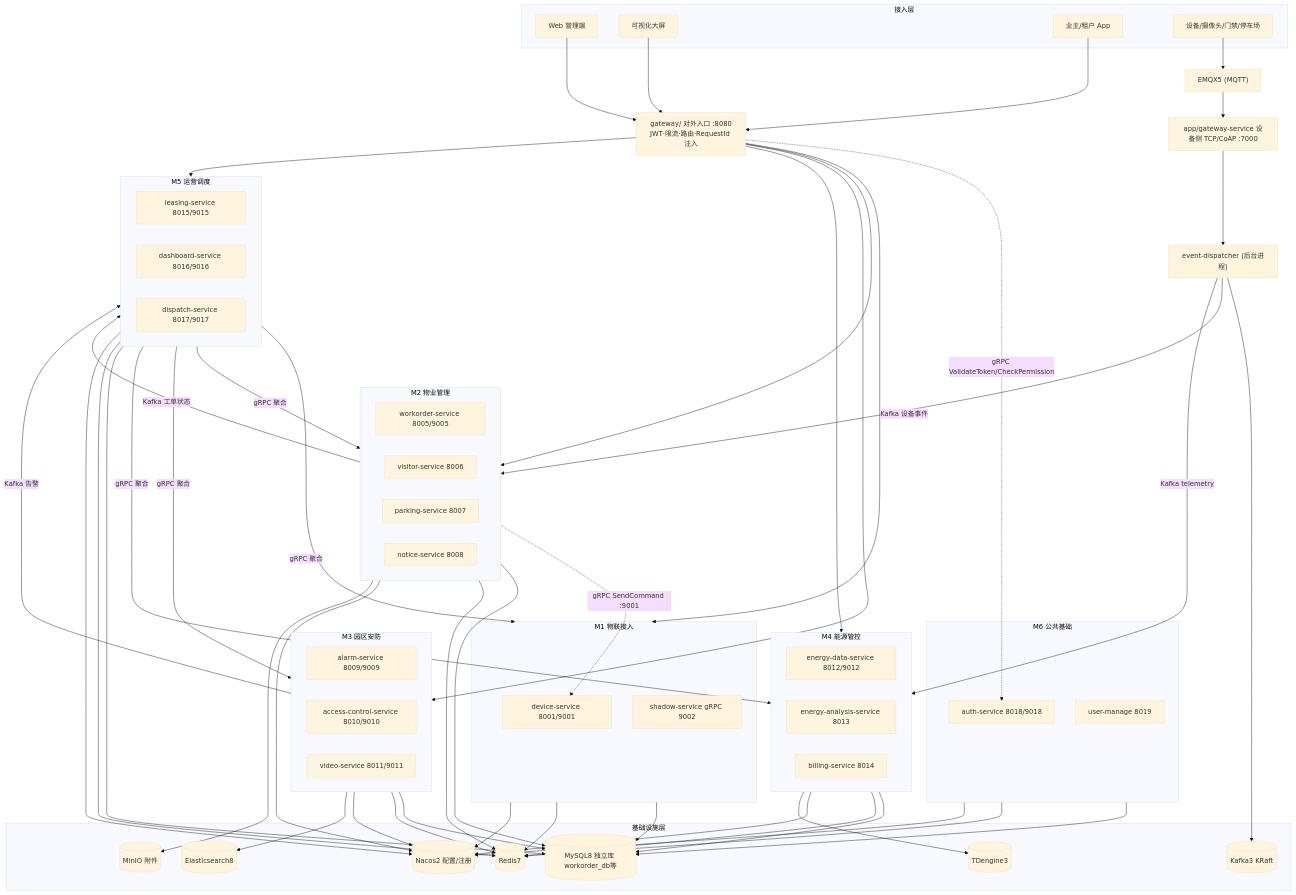
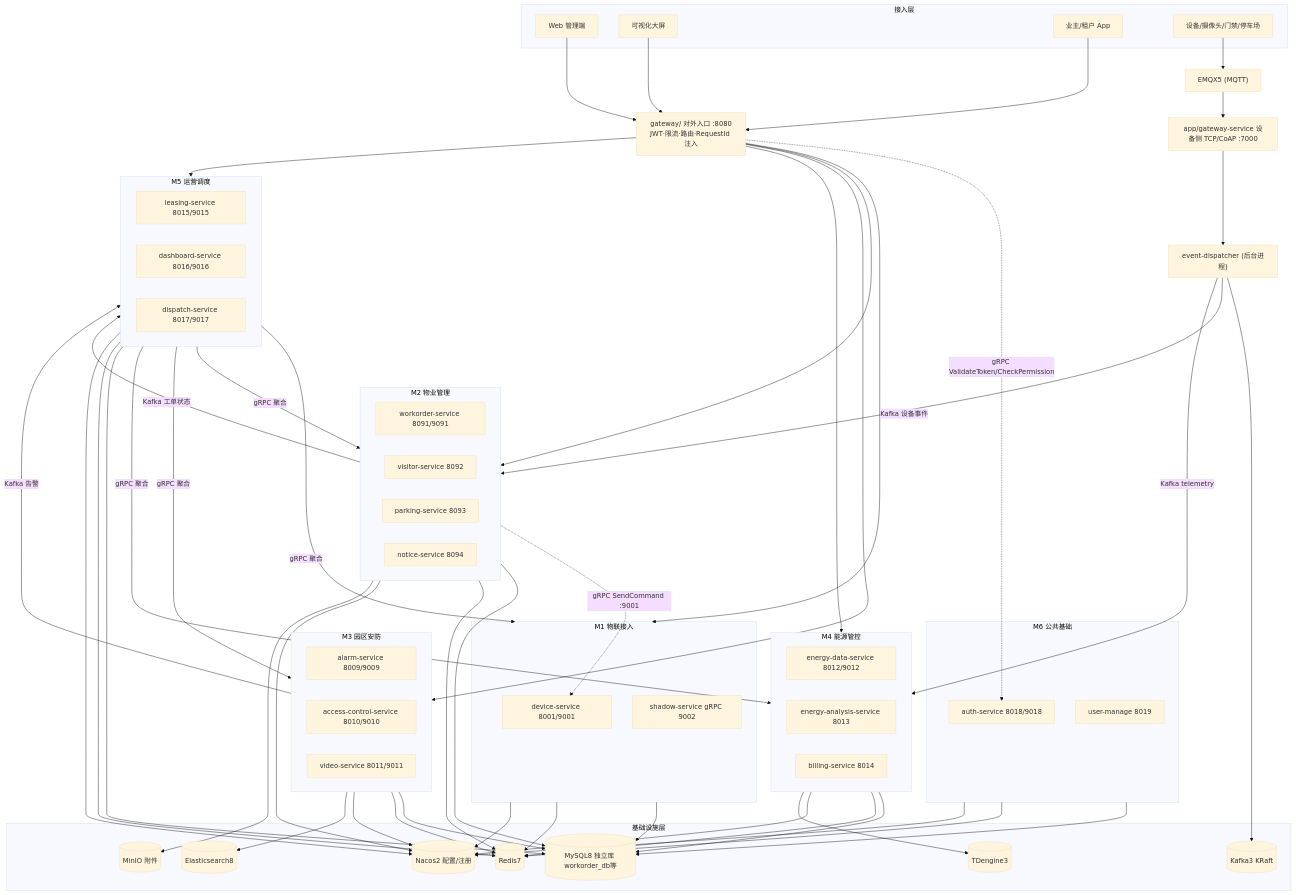
Before and after one commit to chenjianyu070921-lang/onepark-smart-park: the diagram in docs/M2物业管理服务模块设计文档.md, drawn with Mermaid (base theme). The commit also changed other lines of this file and 89 other files, not shown here.

````diff
--- a/docs/M2物业管理服务模块设计文档.md
+++ b/docs/M2物业管理服务模块设计文档.md
@@ -319,70 +319,70 @@
 ```mermaid
 flowchart TB
     subgraph Client["接入层"]
         Web["Web 管理端"]
         Screen["可视化大屏"]
         App["业主/租户 App"]
         Devices["设备/摄像头/门禁/停车场"]
     end
 
     Gateway["gateway/ 对外入口 :8080<br/>JWT·限流·路由·RequestId 注入"]
     Devices --> EMQX["EMQX5 (MQTT)"]
     EMQX --> M1GW["app/gateway-service 设备侧 TCP/CoAP :7000"]
     M1GW --> M1Disp["event-dispatcher (后台进程)"]
 
     subgraph M1["M1 物联接入"]
         deviceSvc["device-service 8001/9001"]
         shadowSvc["shadow-service gRPC 9002"]
     end
     subgraph M2["M2 物业管理"]
-        workorder["workorder-service 8005/9005"]
-        visitor["visitor-service 8006"]
-        parking["parking-service 8007"]
-        notice["notice-service 8008"]
+        workorder["workorder-service 8091/9091"]
+        visitor["visitor-service 8092"]
+        parking["parking-service 8093"]
+        notice["notice-service 8094"]
     end
     subgraph M3["M3 园区安防"]
         alarm["alarm-service 8009/9009"]
         access["access-control-service 8010/9010"]
         video["video-service 8011/9011"]
     end
     subgraph M4["M4 能源管控"]
         energyData["energy-data-service 8012/9012"]
         energyAnalysis["energy-analysis-service 8013"]
         billing["billing-service 8014"]
     end
     subgraph M5["M5 运营调度"]
         leasing["leasing-service 8015/9015"]
         dashboard["dashboard-service 8016/9016"]
         dispatch["dispatch-service 8017/9017"]
     end
     subgraph M6["M6 公共基础"]
         auth["auth-service 8018/9018"]
         user["user-manage 8019"]
     end
 
     Web --> Gateway; Screen --> Gateway; App --> Gateway
     Gateway --> M1 & M2 & M3 & M4 & M5
 
     M2 -. "gRPC SendCommand :9001" .-> deviceSvc
     M1Disp -->|"Kafka 设备事件"| M2
     M1Disp -->|"Kafka telemetry"| M4
     M2 -->|"Kafka 工单状态"| M5
     M3 -->|"Kafka 告警"| M5
     M5 -->|"gRPC 聚合"| M1 & M2 & M3 & M4
     Gateway -. "gRPC ValidateToken/CheckPermission" .-> auth
 
     subgraph Infra["基础设施层"]
         MySQL[("MySQL8 独立库 workorder_db等")]
         Redis[("Redis7")]
         Kafka[("Kafka3 KRaft")]
         MinIO[("MinIO 附件")]
         TDengine[("TDengine3")]
         ES[("Elasticsearch8")]
         Nacos[("Nacos2 配置/注册")]
     end
 
     M1 & M2 & M3 & M4 & M5 & M6 --> MySQL & Redis & Nacos
     M2 --> MinIO
     M4 --> TDengine; M3 --> ES
     M1Disp --> Kafka
 ```
````
